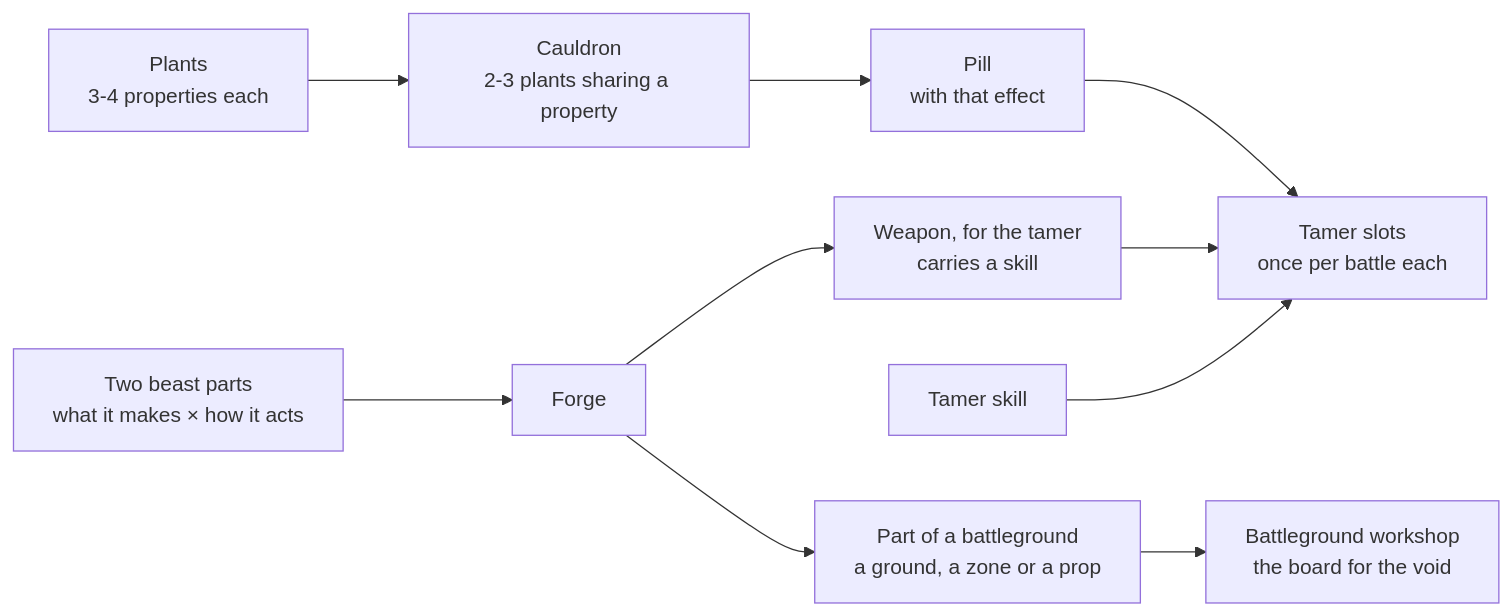
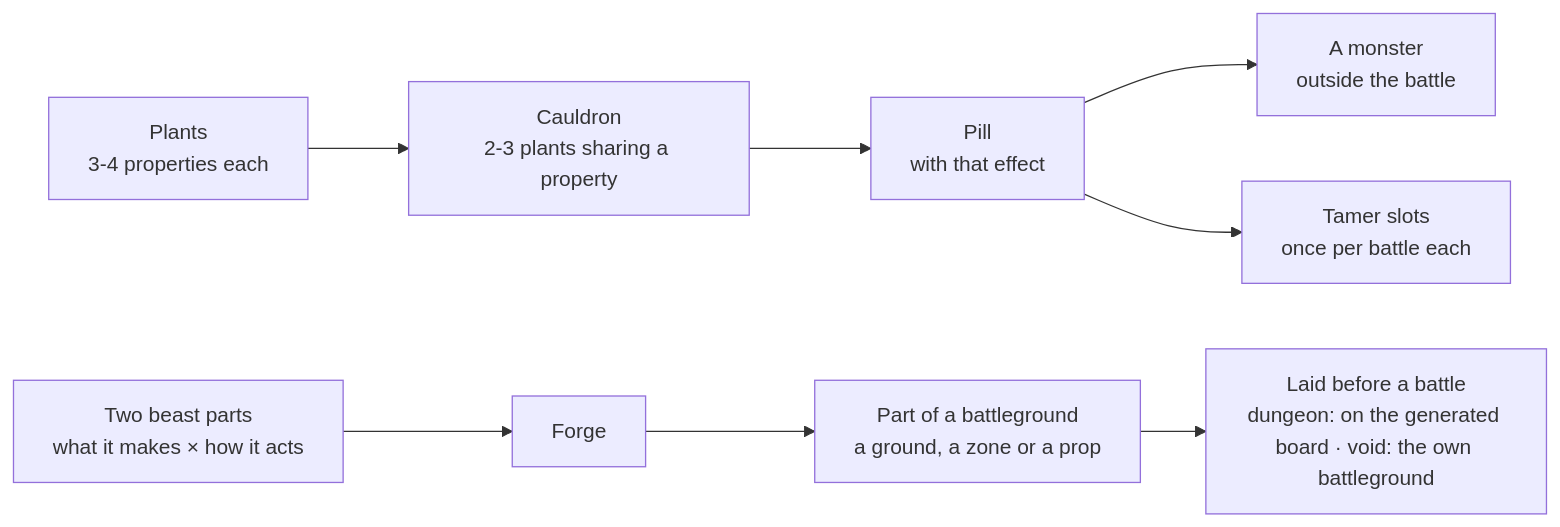
One commit to papierkorp/road_of_the_beasts changed the second of 2 diagrams in docs/vision.md. Above: the diagram before and after it, drawn with Mermaid. The commit also changed other lines of this file and 16 other files, not shown here.

Commit message:
docs: the frame reworked: three Ways that shut each other out, a day is one dungeon run or one attack on the void, no wild area, weapons or bloodlines; board rules of 2026-11-22, S046, the look

````diff
--- a/docs/vision.md
+++ b/docs/vision.md
@@ -138,11 +125,8 @@
 ```mermaid
 flowchart LR
     Plants["Plants<br/>3-4 properties each"] --> Cauldron["Cauldron<br/>2-3 plants sharing a property"] --> Pill["Pill<br/>with that effect"]
-    Parts["Two beast parts<br/>what it makes × how it acts"] --> Forge["Forge"]
-    Forge --> Weapon["Weapon, for the tamer<br/>carries a skill"]
-    Forge --> Part["Part of a battleground<br/>a ground, a zone or a prop"]
-    Part --> Workshop["Battleground workshop<br/>the board for the void"]
+    Pill --> Monster["A monster<br/>outside the battle"]
     Pill --> Slots["Tamer slots<br/>once per battle each"]
-    Weapon --> Slots
-    Skill["Tamer skill"] --> Slots
+    Parts["Two beast parts<br/>what it makes × how it acts"] --> Forge["Forge"] --> Part["Part of a battleground<br/>a ground, a zone or a prop"]
+    Part --> Board["Laid before a battle<br/>dungeon: on the generated board · void: the own battleground"]
 ```
````
